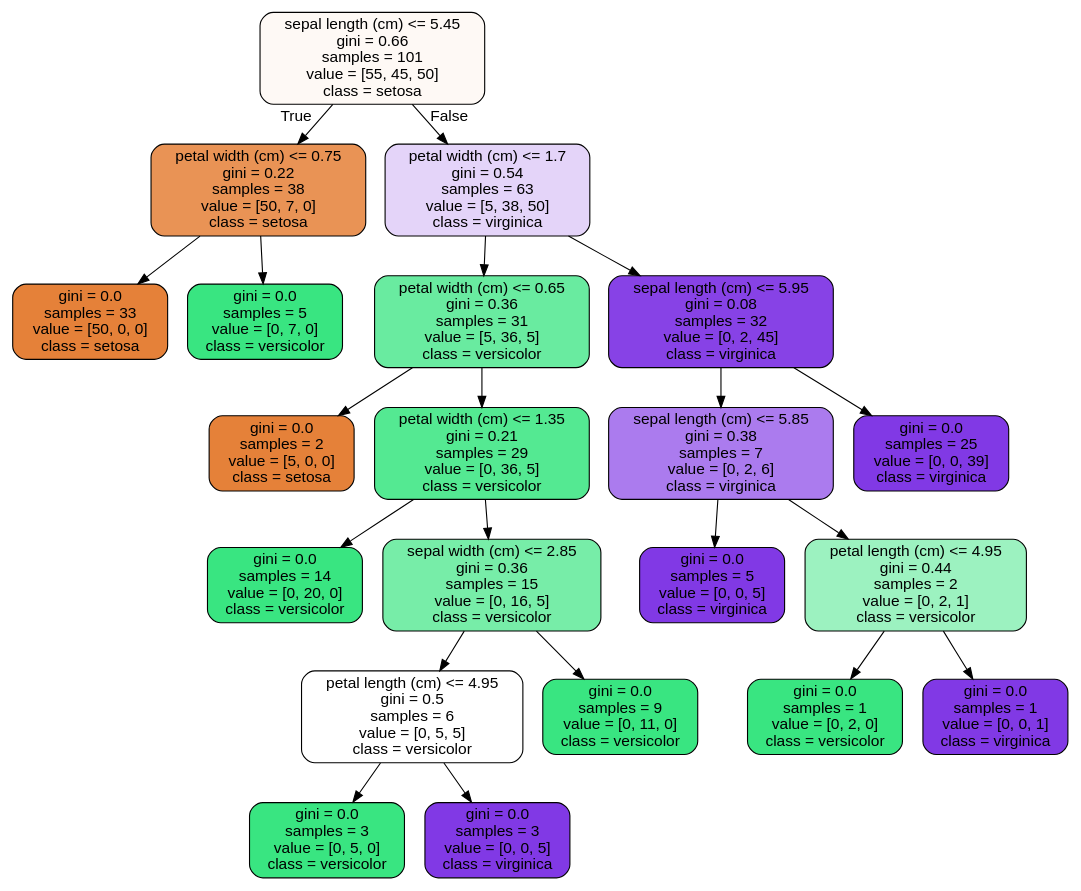
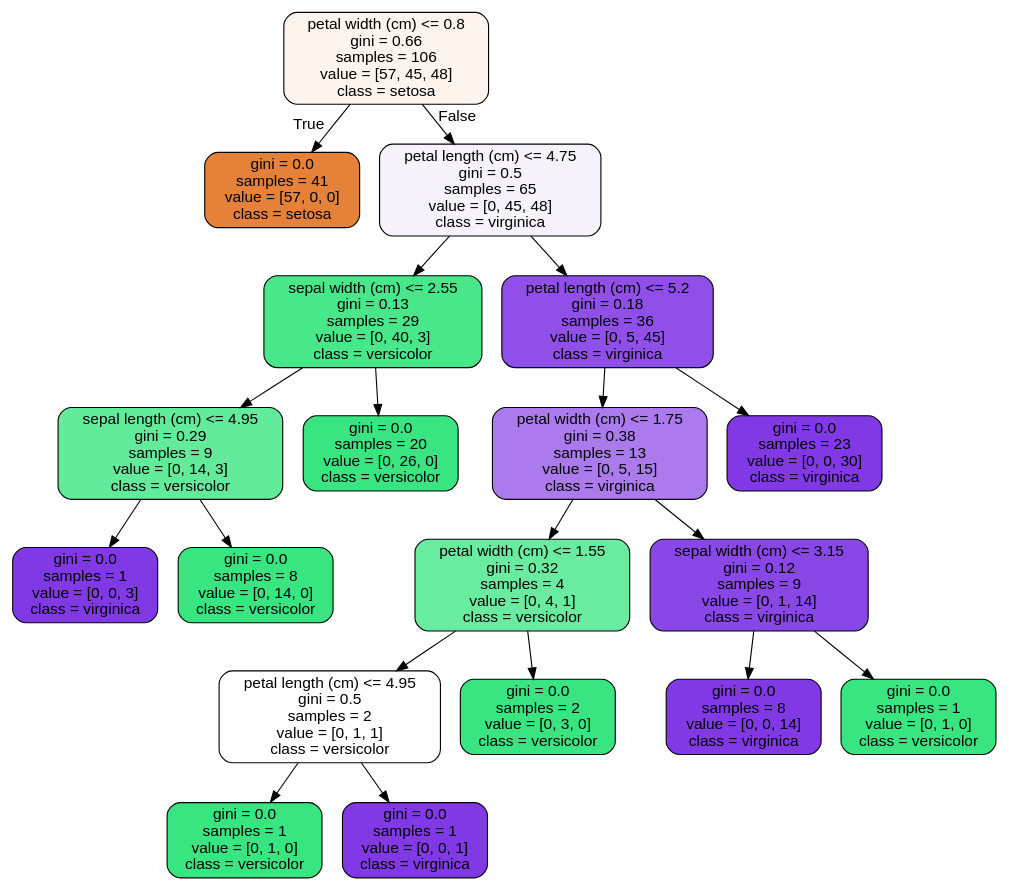
Before and after one commit to brspencer90/Springboard-Repo: the diagram in 14.4.4_random-forest_covid-korea/tree.dot, drawn with Graphviz. The commit also changed 9 other files, not shown here.

```diff
--- a/14.4.4_random-forest_covid-korea/tree.dot
+++ b/14.4.4_random-forest_covid-korea/tree.dot
@@ -1,45 +1,41 @@
 digraph Tree {
 node [shape=box, style="filled, rounded", color="black", fontname=helvetica] ;
 edge [fontname=helvetica] ;
-0 [label="sepal length (cm) <= 5.45\ngini = 0.66\nsamples = 101\nvalue = [55, 45, 50]\nclass = setosa", fillcolor="#fef9f5"] ;
-1 [label="petal width (cm) <= 0.75\ngini = 0.22\nsamples = 38\nvalue = [50, 7, 0]\nclass = setosa", fillcolor="#e99355"] ;
+0 [label="petal width (cm) <= 0.8\ngini = 0.66\nsamples = 106\nvalue = [57, 45, 48]\nclass = setosa", fillcolor="#fdf4ee"] ;
+1 [label="gini = 0.0\nsamples = 41\nvalue = [57, 0, 0]\nclass = setosa", fillcolor="#e58139"] ;
 0 -> 1 [labeldistance=2.5, labelangle=45, headlabel="True"] ;
-2 [label="gini = 0.0\nsamples = 33\nvalue = [50, 0, 0]\nclass = setosa", fillcolor="#e58139"] ;
-1 -> 2 ;
-3 [label="gini = 0.0\nsamples = 5\nvalue = [0, 7, 0]\nclass = versicolor", fillcolor="#39e581"] ;
-1 -> 3 ;
-4 [label="petal width (cm) <= 1.7\ngini = 0.54\nsamples = 63\nvalue = [5, 38, 50]\nclass = virginica", fillcolor="#e4d4f9"] ;
-0 -> 4 [labeldistance=2.5, labelangle=-45, headlabel="False"] ;
-5 [label="petal width (cm) <= 0.65\ngini = 0.36\nsamples = 31\nvalue = [5, 36, 5]\nclass = versicolor", fillcolor="#69eba0"] ;
+2 [label="petal length (cm) <= 4.75\ngini = 0.5\nsamples = 65\nvalue = [0, 45, 48]\nclass = virginica", fillcolor="#f7f3fd"] ;
+0 -> 2 [labeldistance=2.5, labelangle=-45, headlabel="False"] ;
+3 [label="sepal width (cm) <= 2.55\ngini = 0.13\nsamples = 29\nvalue = [0, 40, 3]\nclass = versicolor", fillcolor="#48e78a"] ;
+2 -> 3 ;
+4 [label="sepal length (cm) <= 4.95\ngini = 0.29\nsamples = 9\nvalue = [0, 14, 3]\nclass = versicolor", fillcolor="#63eb9c"] ;
+3 -> 4 ;
+5 [label="gini = 0.0\nsamples = 1\nvalue = [0, 0, 3]\nclass = virginica", fillcolor="#8139e5"] ;
 4 -> 5 ;
-6 [label="gini = 0.0\nsamples = 2\nvalue = [5, 0, 0]\nclass = setosa", fillcolor="#e58139"] ;
-5 -> 6 ;
-7 [label="petal width (cm) <= 1.35\ngini = 0.21\nsamples = 29\nvalue = [0, 36, 5]\nclass = versicolor", fillcolor="#54e992"] ;
-5 -> 7 ;
-8 [label="gini = 0.0\nsamples = 14\nvalue = [0, 20, 0]\nclass = versicolor", fillcolor="#39e581"] ;
-7 -> 8 ;
-9 [label="sepal width (cm) <= 2.85\ngini = 0.36\nsamples = 15\nvalue = [0, 16, 5]\nclass = versicolor", fillcolor="#77eda8"] ;
-7 -> 9 ;
-10 [label="petal length (cm) <= 4.95\ngini = 0.5\nsamples = 6\nvalue = [0, 5, 5]\nclass = versicolor", fillcolor="#ffffff"] ;
+6 [label="gini = 0.0\nsamples = 8\nvalue = [0, 14, 0]\nclass = versicolor", fillcolor="#39e581"] ;
+4 -> 6 ;
+7 [label="gini = 0.0\nsamples = 20\nvalue = [0, 26, 0]\nclass = versicolor", fillcolor="#39e581"] ;
+3 -> 7 ;
+8 [label="petal length (cm) <= 5.2\ngini = 0.18\nsamples = 36\nvalue = [0, 5, 45]\nclass = virginica", fillcolor="#8f4fe8"] ;
+2 -> 8 ;
+9 [label="petal width (cm) <= 1.75\ngini = 0.38\nsamples = 13\nvalue = [0, 5, 15]\nclass = virginica", fillcolor="#ab7bee"] ;
+8 -> 9 ;
+10 [label="petal width (cm) <= 1.55\ngini = 0.32\nsamples = 4\nvalue = [0, 4, 1]\nclass = versicolor", fillcolor="#6aeca0"] ;
 9 -> 10 ;
-11 [label="gini = 0.0\nsamples = 3\nvalue = [0, 5, 0]\nclass = versicolor", fillcolor="#39e581"] ;
+11 [label="petal length (cm) <= 4.95\ngini = 0.5\nsamples = 2\nvalue = [0, 1, 1]\nclass = versicolor", fillcolor="#ffffff"] ;
 10 -> 11 ;
-12 [label="gini = 0.0\nsamples = 3\nvalue = [0, 0, 5]\nclass = virginica", fillcolor="#8139e5"] ;
-10 -> 12 ;
-13 [label="gini = 0.0\nsamples = 9\nvalue = [0, 11, 0]\nclass = versicolor", fillcolor="#39e581"] ;
-9 -> 13 ;
-14 [label="sepal length (cm) <= 5.95\ngini = 0.08\nsamples = 32\nvalue = [0, 2, 45]\nclass = virginica", fillcolor="#8742e6"] ;
-4 -> 14 ;
-15 [label="sepal length (cm) <= 5.85\ngini = 0.38\nsamples = 7\nvalue = [0, 2, 6]\nclass = virginica", fillcolor="#ab7bee"] ;
-14 -> 15 ;
-16 [label="gini = 0.0\nsamples = 5\nvalue = [0, 0, 5]\nclass = virginica", fillcolor="#8139e5"] ;
+12 [label="gini = 0.0\nsamples = 1\nvalue = [0, 1, 0]\nclass = versicolor", fillcolor="#39e581"] ;
+11 -> 12 ;
+13 [label="gini = 0.0\nsamples = 1\nvalue = [0, 0, 1]\nclass = virginica", fillcolor="#8139e5"] ;
+11 -> 13 ;
+14 [label="gini = 0.0\nsamples = 2\nvalue = [0, 3, 0]\nclass = versicolor", fillcolor="#39e581"] ;
+10 -> 14 ;
+15 [label="sepal width (cm) <= 3.15\ngini = 0.12\nsamples = 9\nvalue = [0, 1, 14]\nclass = virginica", fillcolor="#8a47e7"] ;
+9 -> 15 ;
+16 [label="gini = 0.0\nsamples = 8\nvalue = [0, 0, 14]\nclass = virginica", fillcolor="#8139e5"] ;
 15 -> 16 ;
-17 [label="petal length (cm) <= 4.95\ngini = 0.44\nsamples = 2\nvalue = [0, 2, 1]\nclass = versicolor", fillcolor="#9cf2c0"] ;
+17 [label="gini = 0.0\nsamples = 1\nvalue = [0, 1, 0]\nclass = versicolor", fillcolor="#39e581"] ;
 15 -> 17 ;
-18 [label="gini = 0.0\nsamples = 1\nvalue = [0, 2, 0]\nclass = versicolor", fillcolor="#39e581"] ;
-17 -> 18 ;
-19 [label="gini = 0.0\nsamples = 1\nvalue = [0, 0, 1]\nclass = virginica", fillcolor="#8139e5"] ;
-17 -> 19 ;
-20 [label="gini = 0.0\nsamples = 25\nvalue = [0, 0, 39]\nclass = virginica", fillcolor="#8139e5"] ;
-14 -> 20 ;
+18 [label="gini = 0.0\nsamples = 23\nvalue = [0, 0, 30]\nclass = virginica", fillcolor="#8139e5"] ;
+8 -> 18 ;
 }
```
